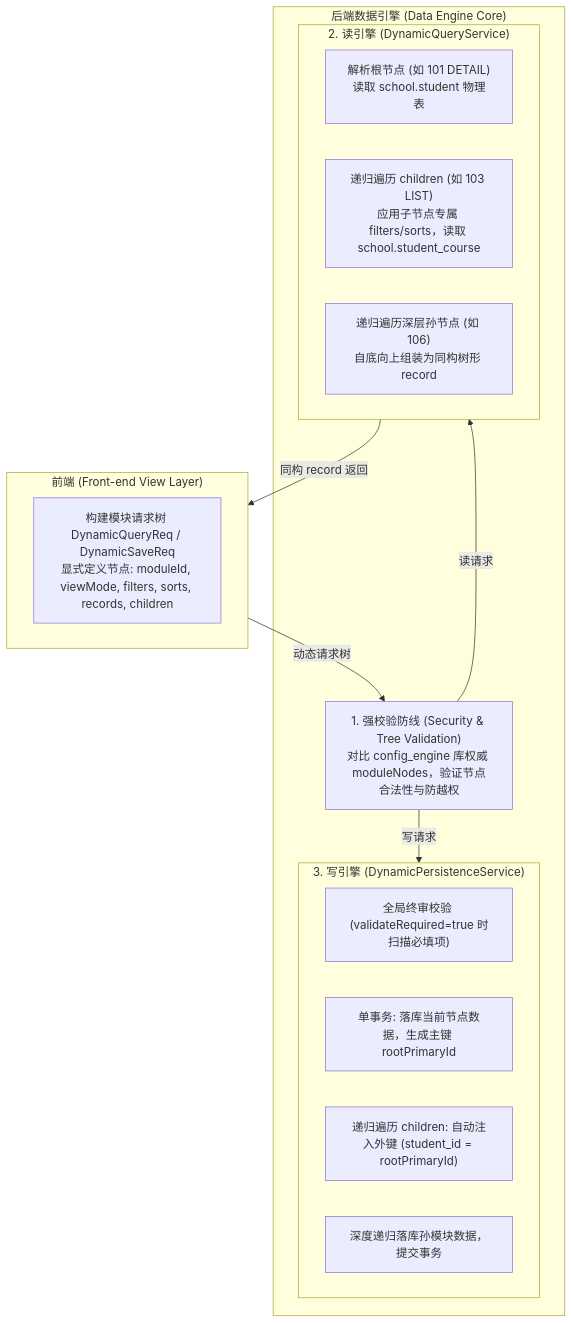
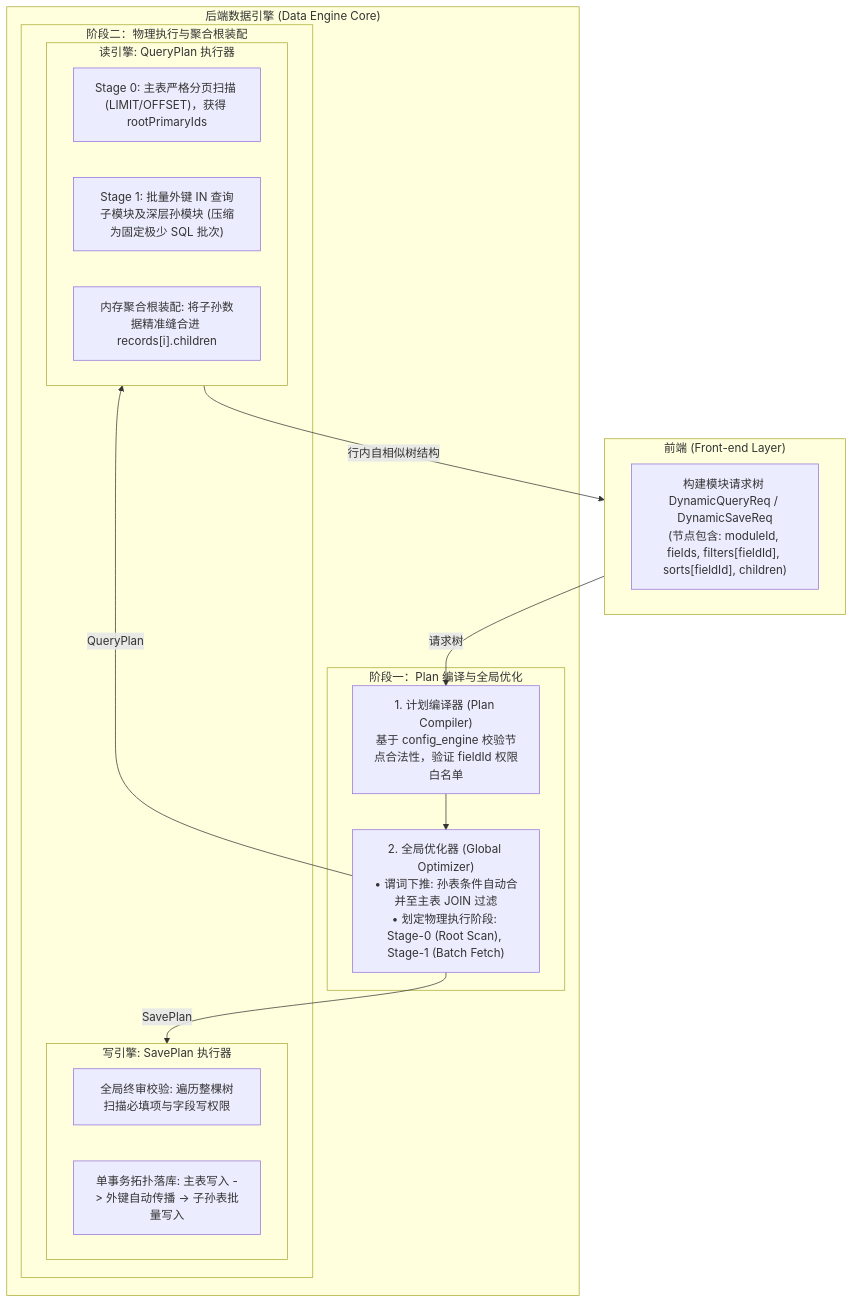
One commit to YouUWd/low-code-spring-boot changed the diagram in doc/数据引擎模块树自相似驱动与读写同构设计方案.md. Above: the diagram before and after it, drawn with Mermaid. The commit also changed other lines of this file and 58 other files, not shown here.

````diff
--- a/doc/数据引擎模块树自相似驱动与读写同构设计方案.md
+++ b/doc/数据引擎模块树自相似驱动与读写同构设计方案.md
@@ -32,28 +38,32 @@
 ```mermaid
 flowchart TD
-    subgraph Client["前端 (Front-end View Layer)"]
-        Tree["构建模块请求树 DynamicQueryReq / DynamicSaveReq<br/>显式定义节点: moduleId, viewMode, filters, sorts, records, children"]
+    subgraph Client["前端 (Front-end Layer)"]
+        ReqTree["构建模块请求树 DynamicQueryReq / DynamicSaveReq<br/>(节点包含: moduleId, fields, filters[fieldId], sorts[fieldId], children)"]
     end
 
-    subgraph Server["后端数据引擎 (Data Engine Core)"]
-        Auth["1. 强校验防线 (Security & Tree Validation)<br/>对比 config_engine 库权威 moduleNodes，验证节点合法性与防越权"]
-        
-        subgraph ReadEngine["2. 读引擎 (DynamicQueryService)"]
-            Q_Root["解析根节点 (如 101 DETAIL)<br/>读取 school.student 物理表"]
-            Q_Child["递归遍历 children (如 103 LIST)<br/>应用子节点专属 filters/sorts，读取 school.student_course"]
-            Q_Grand["递归遍历深层孙节点 (如 106)<br/>自底向上组装为同构树形 record"]
+    subgraph DataEngine["后端数据引擎 (Data Engine Core)"]
+        subgraph Stage1["阶段一：Plan 编译与全局优化"]
+            Compiler["1. 计划编译器 (Plan Compiler)<br/>基于 config_engine 校验节点合法性，验证 fieldId 权限白名单"]
+            Optimizer["2. 全局优化器 (Global Optimizer)<br/>• 谓词下推: 孙表条件自动合并至主表 JOIN 过滤<br/>• 划定物理执行阶段: Stage-0 (Root Scan), Stage-1 (Batch Fetch)"]
         end
 
-        subgraph WriteEngine["3. 写引擎 (DynamicPersistenceService)"]
-            W_Valid["全局终审校验 (validateRequired=true 时扫描必填项)"]
-            W_Root["单事务: 落库当前节点数据，生成主键 rootPrimaryId"]
-            W_Child["递归遍历 children: 自动注入外键 (student_id = rootPrimaryId)"]
-            W_Grand["深度递归落库孙模块数据，提交事务"]
+        subgraph Stage2["阶段二：物理执行与聚合根装配"]
+            subgraph ReadExecution["读引擎: QueryPlan 执行器"]
+                Q_Scan["Stage 0: 主表严格分页扫描 (LIMIT/OFFSET)，获得 rootPrimaryIds"]
+                Q_Batch["Stage 1: 批量外键 IN 查询子模块及深层孙模块 (压缩为固定极少 SQL 批次)"]
+                Q_Assemble["内存聚合根装配: 将子孙数据精准缝合进 records[i].children"]
+            end
+
+            subgraph WriteExecution["写引擎: SavePlan 执行器"]
+                W_Validate["全局终审校验: 遍历整棵树扫描必填项与字段写权限"]
+                W_Tx["单事务拓扑落库: 主表写入 -> 外键自动传播 -> 子孙表批量写入"]
+            end
         end
     end
 
-    Client -->|动态请求树| Auth
-    Auth -->|读请求| ReadEngine
-    Auth -->|写请求| WriteEngine
-    ReadEngine -->|同构 record 返回| Client
+    Client -->|请求树| Compiler
+    Compiler --> Optimizer
+    Optimizer -->|QueryPlan| ReadExecution
+    Optimizer -->|SavePlan| WriteExecution
+    ReadExecution -->|行内自相似树结构| Client
 ```
````
